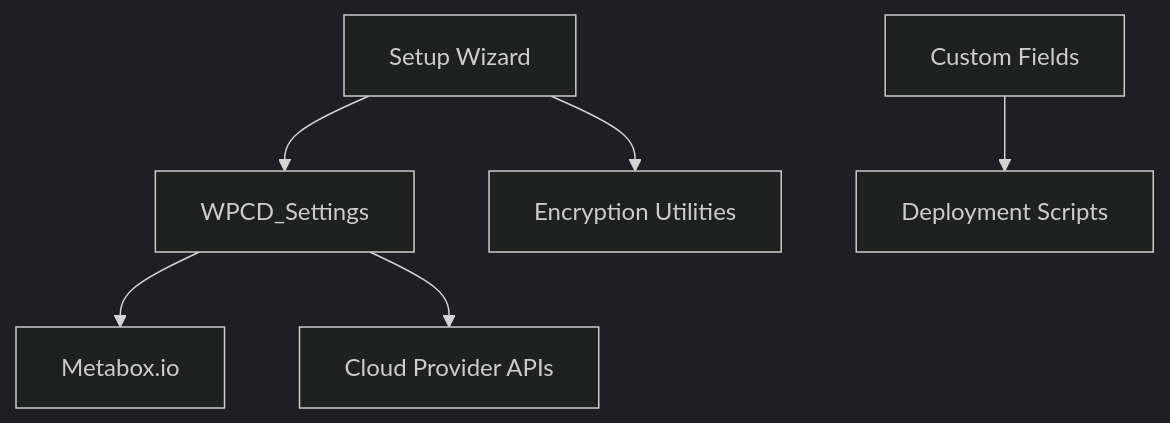
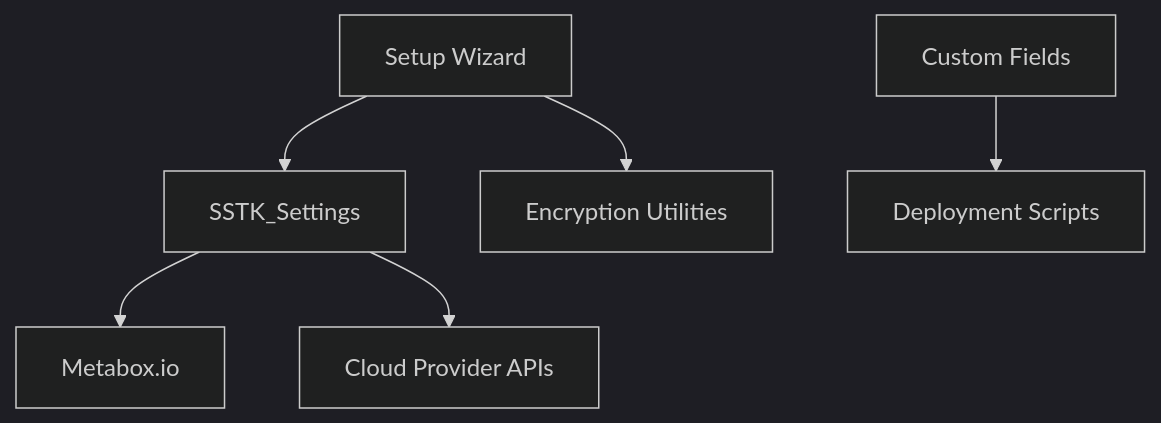
The eighth of 8 diagrams in .qoder/repowiki/en/content/Core Components/Settings Management System.md (onedogsolutions/simple-stack), drawn with Mermaid (dark theme) before and after one commit. The commit also changed other lines of this file and 5941 other files, not shown here.

````diff
--- a/.qoder/repowiki/en/content/Core Components/Settings Management System.md
+++ b/.qoder/repowiki/en/content/Core Components/Settings Management System.md
@@ -392,8 +394,8 @@
 ```mermaid
 graph TB
-SettingsClass["WPCD_Settings"] --> MetaboxIO["Metabox.io"]
+SettingsClass["SSTK_Settings"] --> MetaboxIO["Metabox.io"]
 SettingsClass --> Providers["Cloud Provider APIs"]
 SetupWizard["Setup Wizard"] --> SettingsClass
 SetupWizard --> Crypto["Encryption Utilities"]
 CustomFields["Custom Fields"] --> Scripts["Deployment Scripts"]
 ```
````
